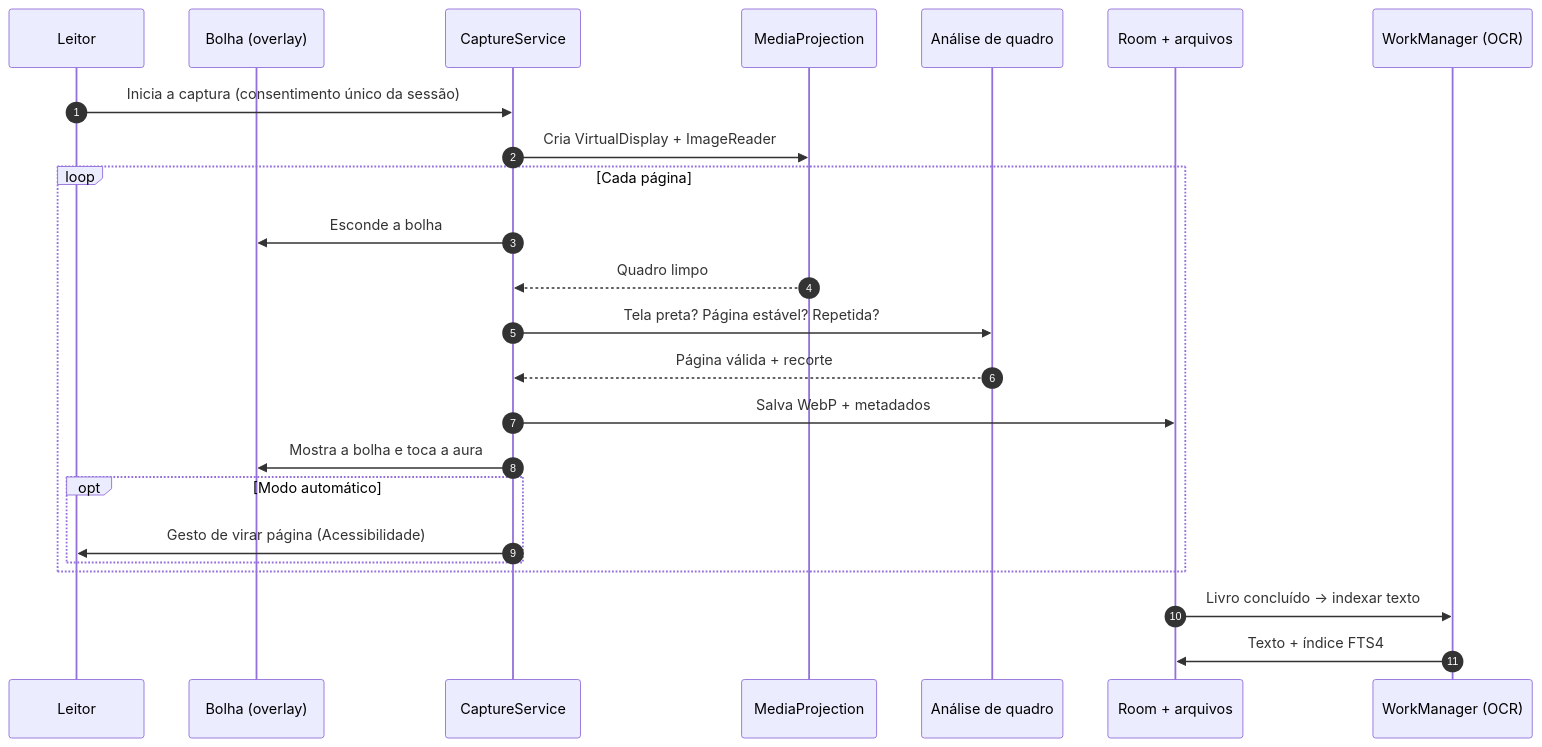
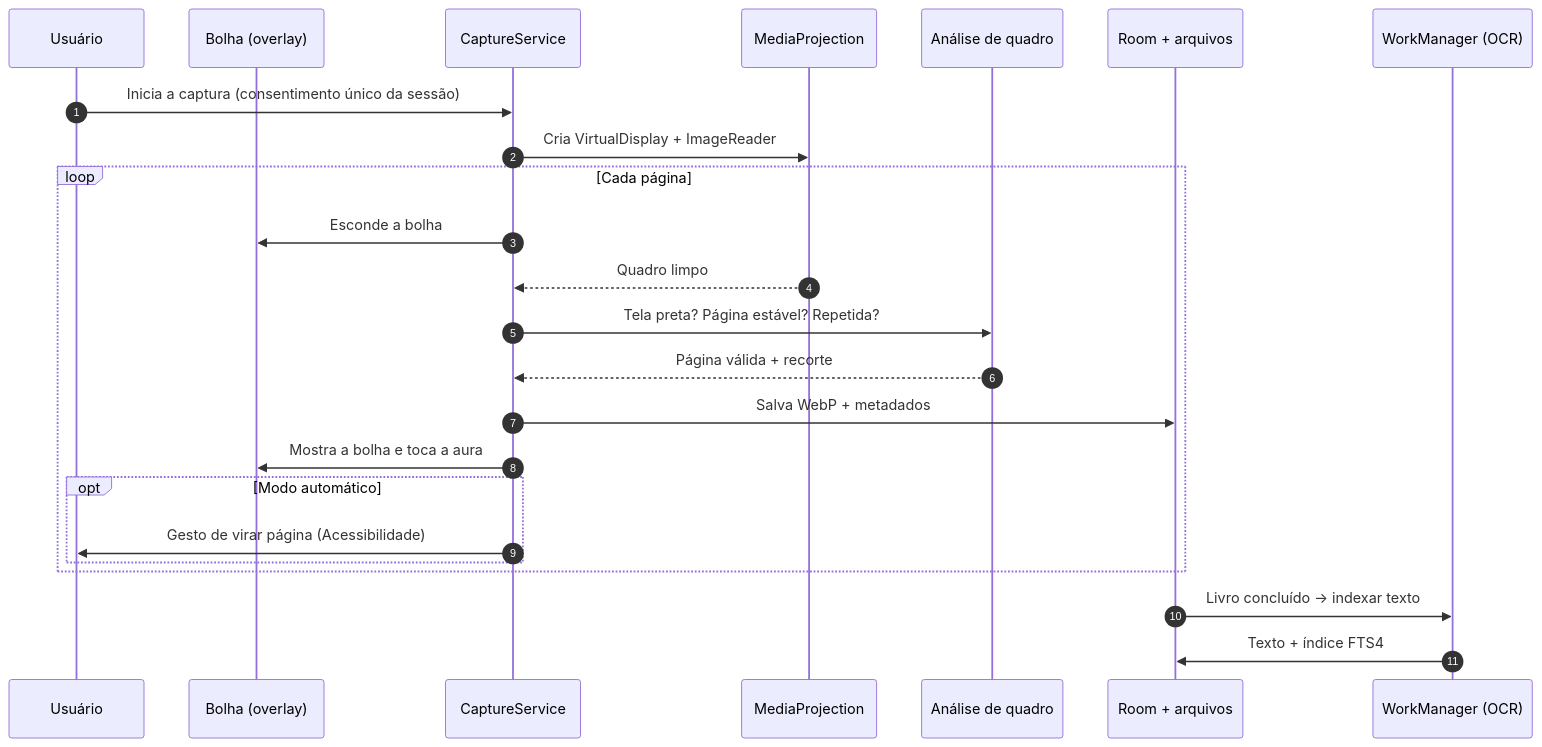
The first of 2 diagrams in README.md (Carloseduardo-dev/print-book), drawn with Mermaid before and after one commit. The commit also changed other lines of this file and 1 other file, not shown here.

````diff
--- a/README.md
+++ b/README.md
@@ -136,27 +136,27 @@
 ```mermaid
 sequenceDiagram
     autonumber
-    participant U as Leitor
+    participant U as Usuário
     participant B as Bolha (overlay)
     participant S as CaptureService
     participant P as MediaProjection
     participant A as Análise de quadro
     participant D as Room + arquivos
     participant W as WorkManager (OCR)
 
     U->>S: Inicia a captura (consentimento único da sessão)
     S->>P: Cria VirtualDisplay + ImageReader
     loop Cada página
         S->>B: Esconde a bolha
         P-->>S: Quadro limpo
         S->>A: Tela preta? Página estável? Repetida?
         A-->>S: Página válida + recorte
         S->>D: Salva WebP + metadados
         S->>B: Mostra a bolha e toca a aura
         opt Modo automático
             S->>U: Gesto de virar página (Acessibilidade)
         end
     end
     D->>W: Livro concluído → indexar texto
     W->>D: Texto + índice FTS4
 ```
````
